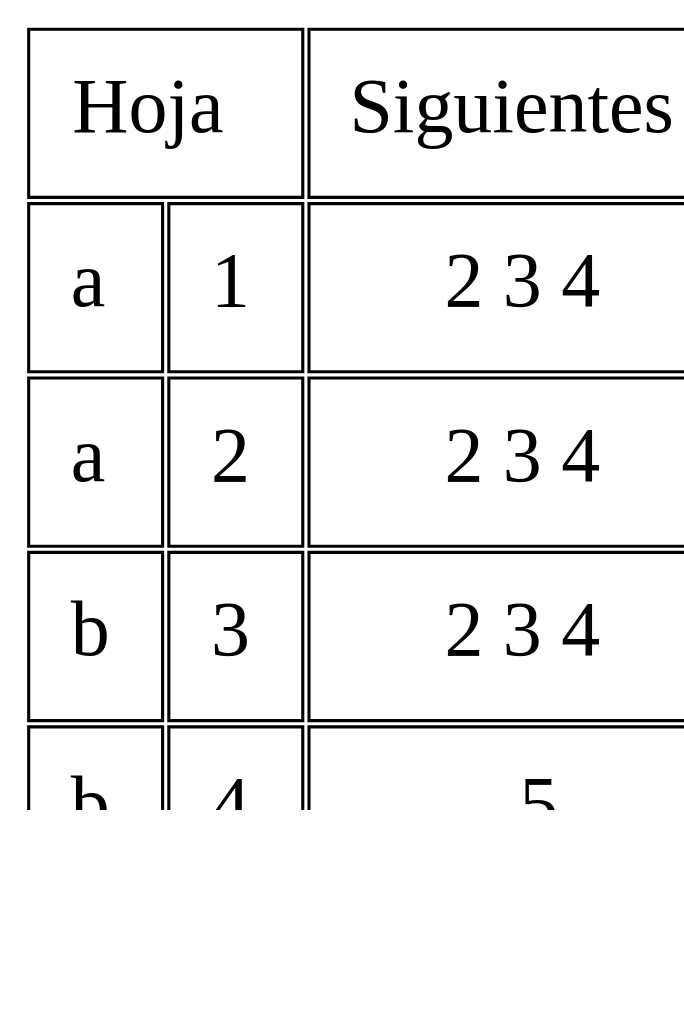
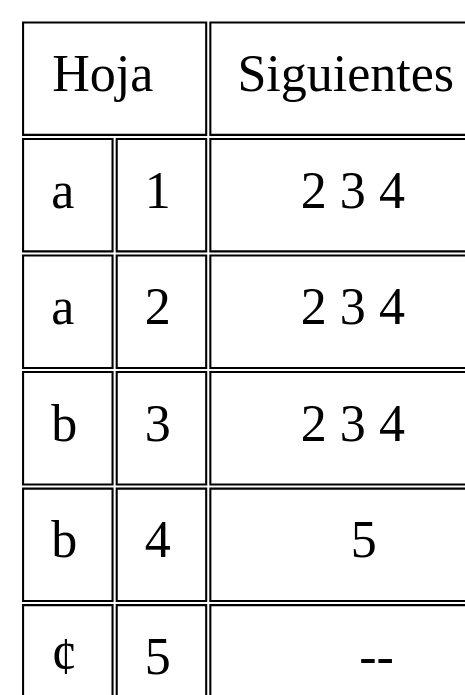
One commit to montherbasir/Practica1_OLC1 changed the diagram in sig_Expresion1.dot. Above: the diagram before and after it, drawn with Graphviz. The commit also changed 35 other files, not shown here.

```diff
--- a/sig_Expresion1.dot
+++ b/sig_Expresion1.dot
@@ -1,15 +1,15 @@
 digraph {
 splines="line";
 rankdir = TB;
 node [shape=plain, height=0.5, width=1.5, fontsize=25];
-graph[dpi=110];
+graph[dpi=90];
 
 N [label=<
 <table border="0" cellborder="1" cellpadding="12">
   <tr><td colspan="2">Hoja</td><td>Siguientes</td></tr>  <tr><td>a</td><td>1</td><td>2 3 4 </td></tr>
   <tr><td>a</td><td>2</td><td>2 3 4 </td></tr>
   <tr><td>b</td><td>3</td><td>2 3 4 </td></tr>
   <tr><td>b</td><td>4</td><td>5 </td></tr>
   <tr><td>¢</td><td>5</td><td>--</td></tr>
 </table>>];
 }
```
